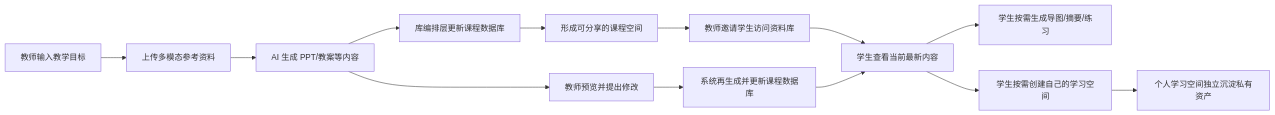
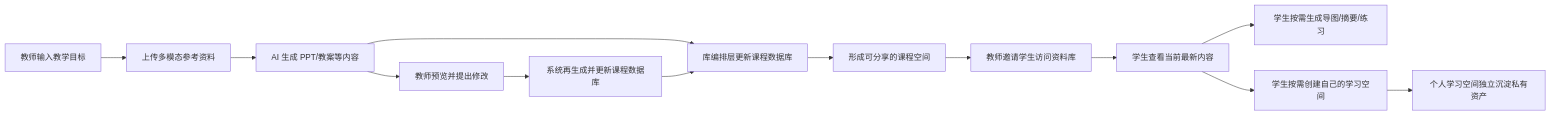
One commit to ln-one/Spectra changed the third of 3 diagrams in docs/competition/04-architecture.md. Above: the diagram before and after it, drawn with Mermaid. The commit also changed other lines of this file and 3 other files, not shown here.

Commit message:
Refine competition Mermaid diagrams

````diff
--- a/docs/competition/04-architecture.md
+++ b/docs/competition/04-architecture.md
@@ -179,15 +187,15 @@
 ```mermaid
 flowchart LR
     A["教师输入教学目标"] --> B["上传多模态参考资料"]
     B --> C["AI 生成 PPT/教案等内容"]
     C --> D["库编排层更新课程数据库"]
     D --> E["形成可分享的课程空间"]
     E --> F["教师邀请学生访问资料库"]
     F --> G["学生查看当前最新内容"]
     G --> H["学生按需生成导图/摘要/练习"]
     G --> K["学生按需创建自己的学习空间"]
     C --> I["教师预览并提出修改"]
     I --> J["系统再生成并更新课程数据库"]
-    J --> G
+    J --> D
     K --> L["个人学习空间独立沉淀私有资产"]
 ```
````
